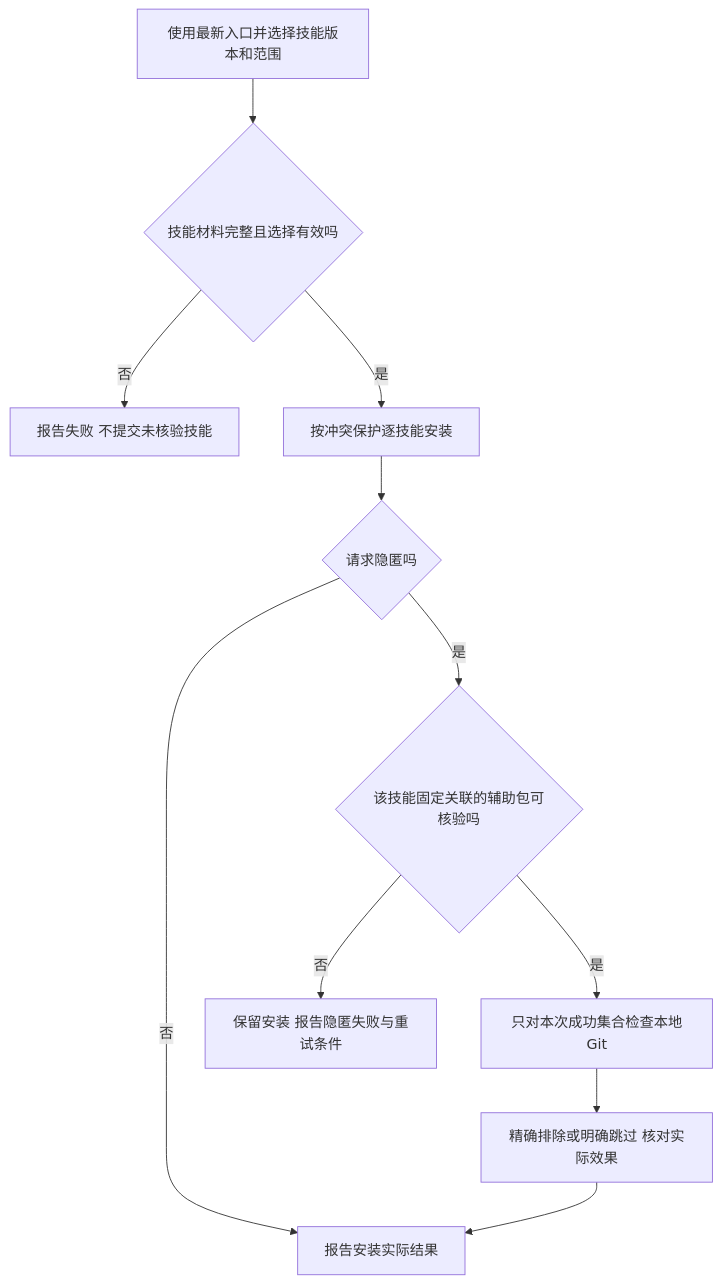
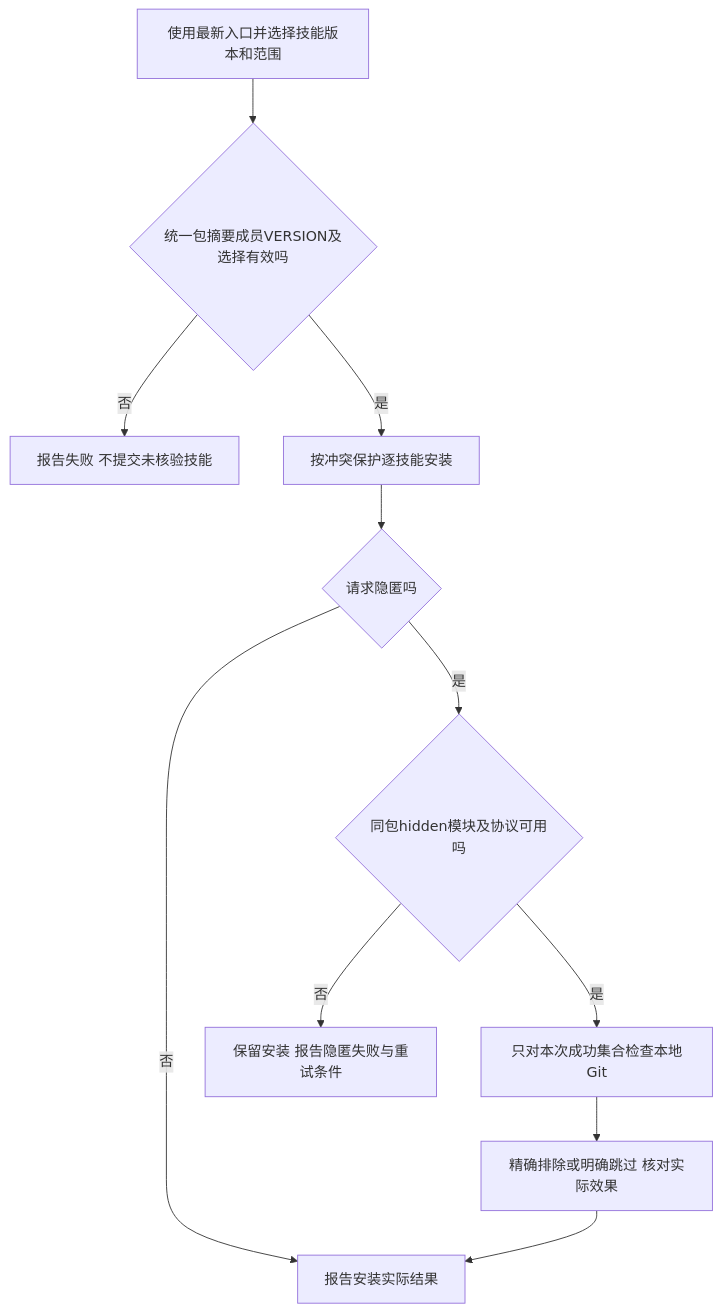
One commit to Ena-Heleneto/agent-foundry changed the first of 3 diagrams in specs/skills/001-skills-distribution/analysis/spec-analysis/flows.md. Above: the diagram before and after it, drawn with Mermaid. The commit also changed other lines of this file and 52 other files, not shown here.

````diff
--- a/specs/skills/001-skills-distribution/analysis/spec-analysis/flows.md
+++ b/specs/skills/001-skills-distribution/analysis/spec-analysis/flows.md
@@ -7,13 +7,13 @@
 ```mermaid
 flowchart TD
-    A[使用最新入口并选择技能版本和范围] --> B{技能材料完整且选择有效吗}
+    A[使用最新入口并选择技能版本和范围] --> B{统一包摘要成员VERSION及选择有效吗}
     B -->|否| C[报告失败 不提交未核验技能]
     B -->|是| D[按冲突保护逐技能安装]
     D --> E{请求隐匿吗}
     E -->|否| F[报告安装实际结果]
-    E -->|是| G{该技能固定关联的辅助包可核验吗}
+    E -->|是| G{同包hidden模块及协议可用吗}
     G -->|否| H[保留安装 报告隐匿失败与重试条件]
     G -->|是| I[只对本次成功集合检查本地Git]
     I --> J[精确排除或明确跳过 核对实际效果]
     J --> F
 ```
````
